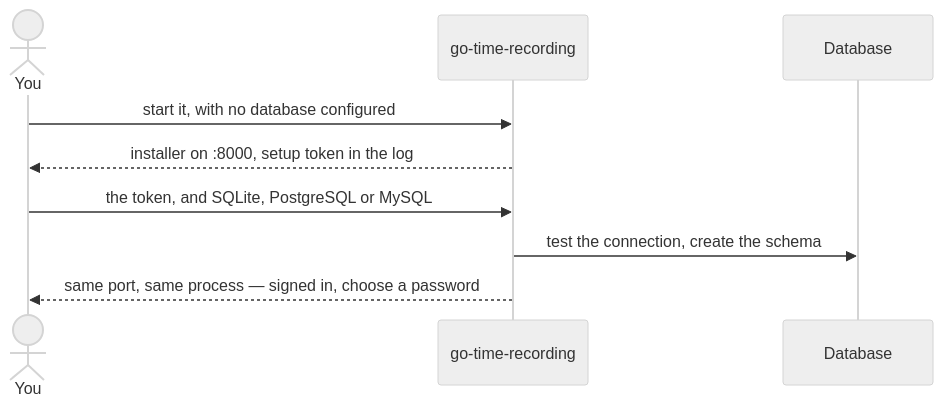
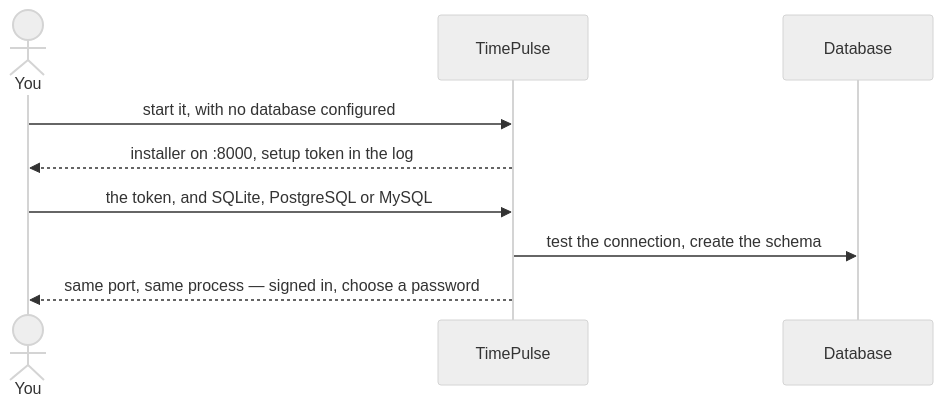
Before and after one commit to dennis-dko/go-ticket-system: the third of 3 diagrams in README.md, drawn with Mermaid (neutral theme). The commit also changed other lines of this file and 12 other files, not shown here.

````diff
--- a/README.md
+++ b/README.md
@@ -189,11 +189,11 @@
 ```mermaid
 sequenceDiagram
     actor You
-    participant App as go-time-recording
+    participant App as TimePulse
     participant DB as Database
     You->>App: start it, with no database configured
     App-->>You: installer on :8000, setup token in the log
     You->>App: the token, and SQLite, PostgreSQL or MySQL
     App->>DB: test the connection, create the schema
     App-->>You: same port, same process — signed in, choose a password
 ```
````
